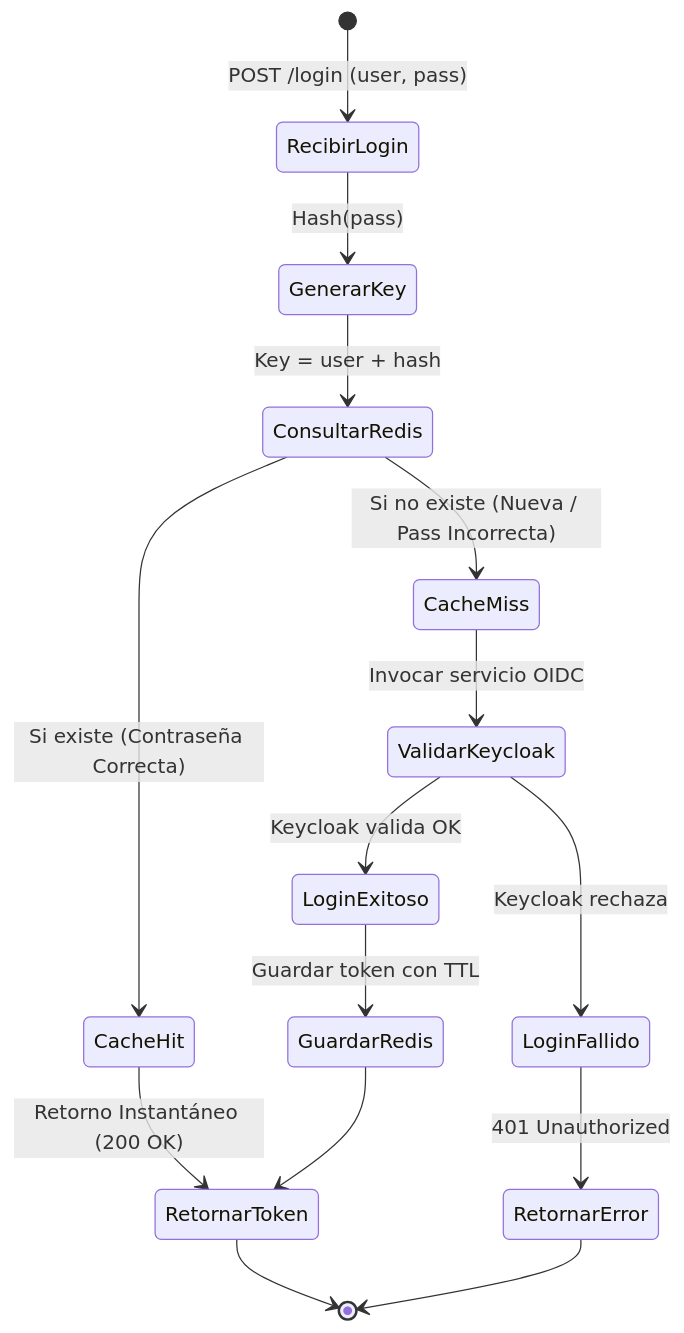
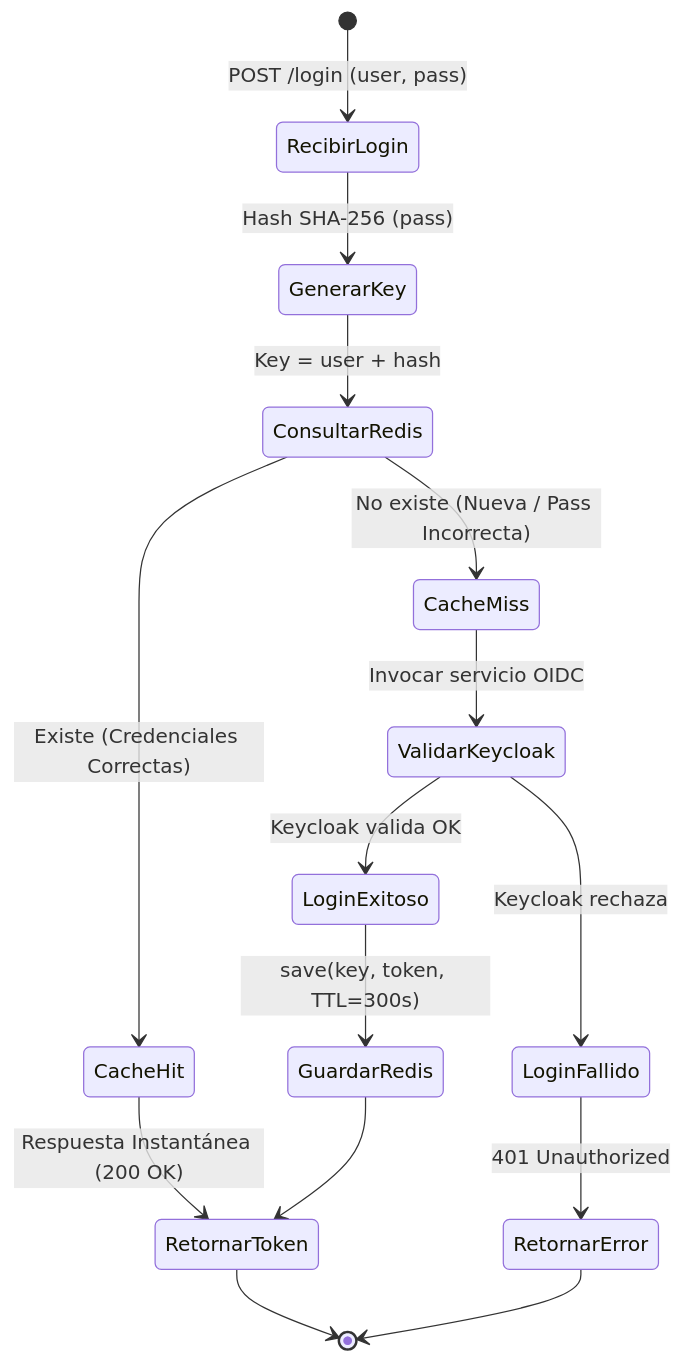
Before and after one commit to teamdroid-trainer/docs-docusaurus-trainer: the first of 2 diagrams in docs/backend-java-quarkus/04-persistencia-cache/cache-redis.md, drawn with Mermaid. The commit also changed other lines of this file and 35 other files, not shown here.

````diff
--- a/docs/backend-java-quarkus/04-persistencia-cache/cache-redis.md
+++ b/docs/backend-java-quarkus/04-persistencia-cache/cache-redis.md
@@ -33,21 +20,21 @@
 ```mermaid
 stateDiagram-v2
     [*] --> RecibirLogin: POST /login (user, pass)
-    RecibirLogin --> GenerarKey: Hash(pass)
+    RecibirLogin --> GenerarKey: Hash SHA-256 (pass)
     GenerarKey --> ConsultarRedis: Key = user + hash
 
-    ConsultarRedis --> CacheHit: Si existe (Contraseña Correcta)
-    CacheHit --> RetornarToken: Retorno Instantáneo (200 OK)
+    ConsultarRedis --> CacheHit: Existe (Credenciales Correctas)
+    CacheHit --> RetornarToken: Respuesta Instantánea (200 OK)
 
-    ConsultarRedis --> CacheMiss: Si no existe (Nueva / Pass Incorrecta)
+    ConsultarRedis --> CacheMiss: No existe (Nueva / Pass Incorrecta)
     CacheMiss --> ValidarKeycloak: Invocar servicio OIDC
     ValidarKeycloak --> LoginExitoso: Keycloak valida OK
     ValidarKeycloak --> LoginFallido: Keycloak rechaza
 
-    LoginExitoso --> GuardarRedis: Guardar token con TTL
+    LoginExitoso --> GuardarRedis: save(key, token, TTL=300s)
     GuardarRedis --> RetornarToken
 
     LoginFallido --> RetornarError: 401 Unauthorized
     RetornarError --> [*]
     RetornarToken --> [*]
 ```
````
